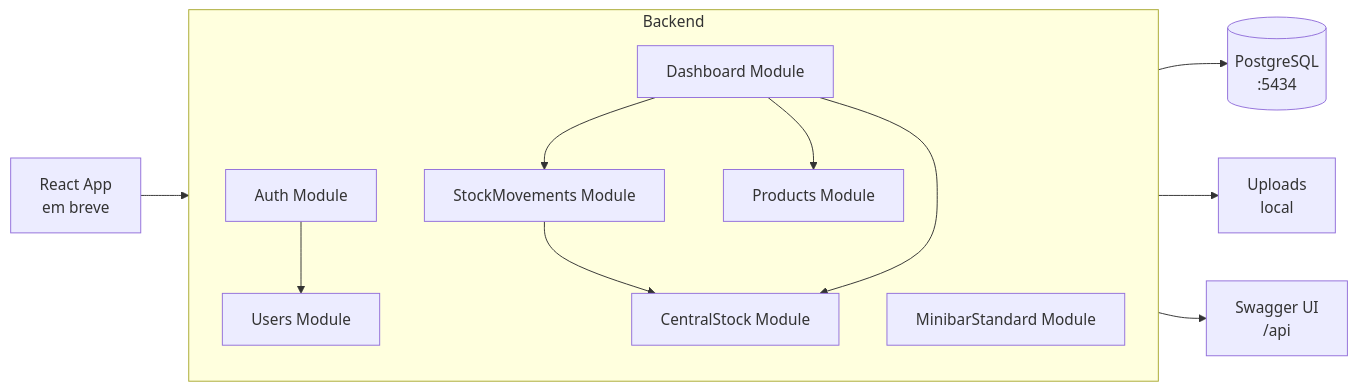
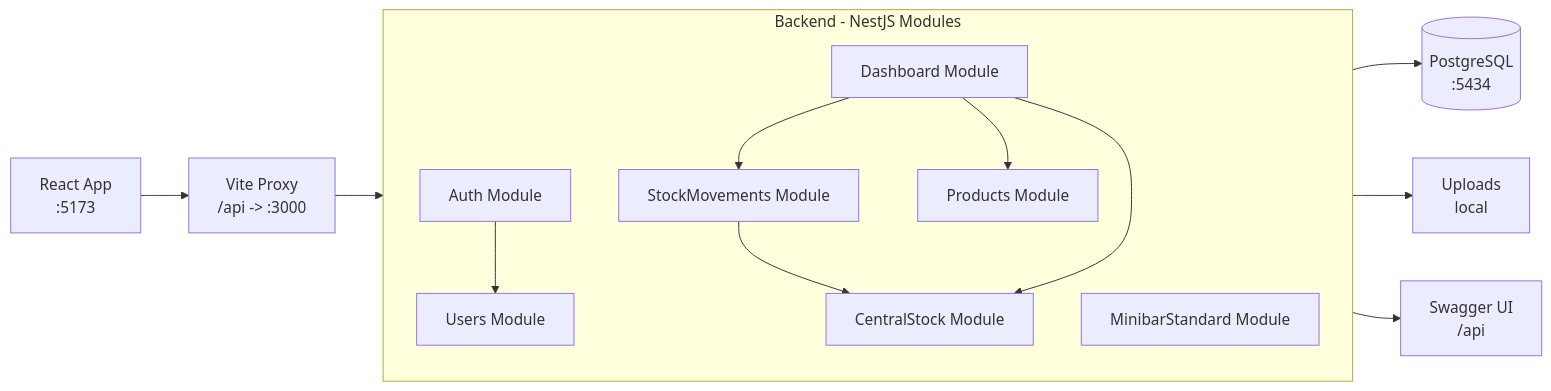
The first of 2 diagrams in README.md (BrunoRaposoo/nutrigest), drawn with Mermaid before and after one commit. The commit also changed other lines of this file, not shown here.

````diff
--- a/README.md
+++ b/README.md
@@ -27,23 +41,24 @@
 ```mermaid
 flowchart LR
-    Client[React App<br/>em breve] --> API[NestJS + Fastify<br/>:3000]
+    Browser[React App<br/>:5173] --> ViteProxy[Vite Proxy<br/>/api -> :3000]
+    ViteProxy --> API[NestJS + Fastify<br/>:3000]
     API --> DB[(PostgreSQL<br/>:5434)]
     API --> Storage[Uploads<br/>local]
     API --> Swagger[Swagger UI<br/>/api]
 
-    subgraph API [Backend]
+    subgraph API [Backend - NestJS Modules]
         Auth[Auth Module]
         Users[Users Module]
         Products[Products Module]
         CentralStock[CentralStock Module]
         Minibar[MinibarStandard Module]
         StockMov[StockMovements Module]
         Dashboard[Dashboard Module]
 
         Auth --> Users
         StockMov --> CentralStock
         Dashboard --> Products
         Dashboard --> CentralStock
         Dashboard --> StockMov
     end
 ```
````
